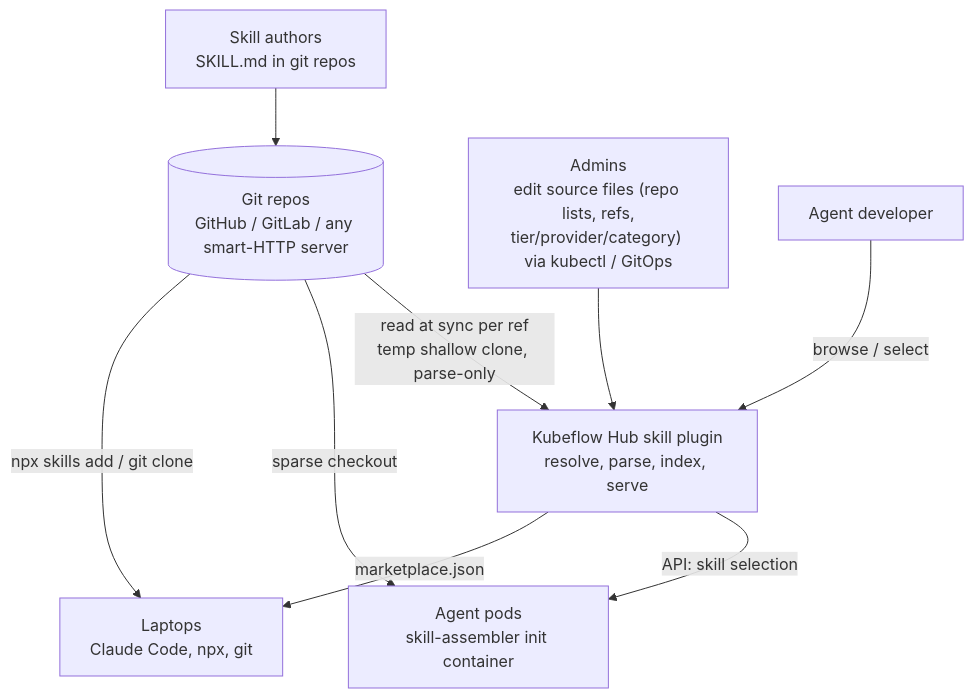
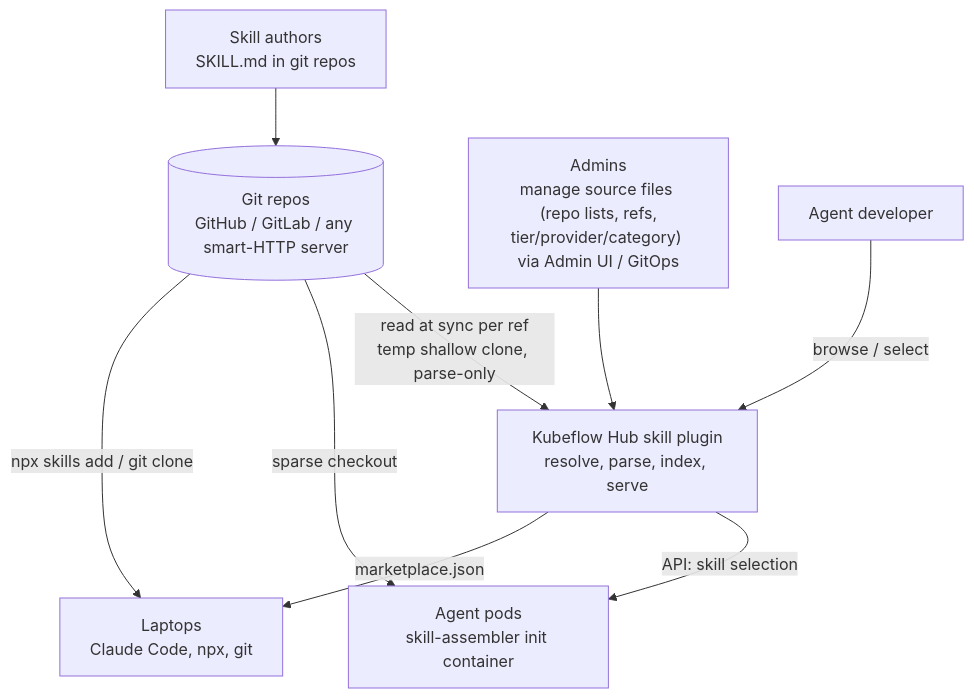
Before and after one commit to kubeflow/hub: the first of 7 diagrams in proposals/KEP-0005-skills-catalog/skill-catalog-architecture.md, drawn with Mermaid. The commit also changed other lines of this file and 1 other file, not shown here.

````diff
--- a/proposals/KEP-0005-skills-catalog/skill-catalog-architecture.md
+++ b/proposals/KEP-0005-skills-catalog/skill-catalog-architecture.md
@@ -14,11 +14,11 @@
 ```mermaid
 flowchart TB
     AUTHOR["Skill authors<br/>SKILL.md in git repos"] --> GIT[("Git repos<br/>GitHub / GitLab / any smart-HTTP server")]
-    ADMIN["Admins<br/>edit source files (repo lists, refs,<br/>tier/provider/category) via kubectl / GitOps"] --> HUB["Kubeflow Hub skill plugin<br/>resolve, parse, index, serve"]
+    ADMIN["Admins<br/>manage source files (repo lists, refs,<br/>tier/provider/category) via Admin UI / GitOps"] --> HUB["Kubeflow Hub skill plugin<br/>resolve, parse, index, serve"]
     GIT -->|"read at sync per ref<br/>temp shallow clone, parse-only"| HUB
     DEV["Agent developer"] -->|"browse / select"| HUB
     HUB -->|"API: skill selection"| AGENT["Agent pods<br/>skill-assembler init container"]
     GIT -->|"sparse checkout"| AGENT
     HUB -->|"marketplace.json"| LAPTOP["Laptops<br/>Claude Code, npx, git"]
     GIT -->|"npx skills add / git clone"| LAPTOP
 ```
````
